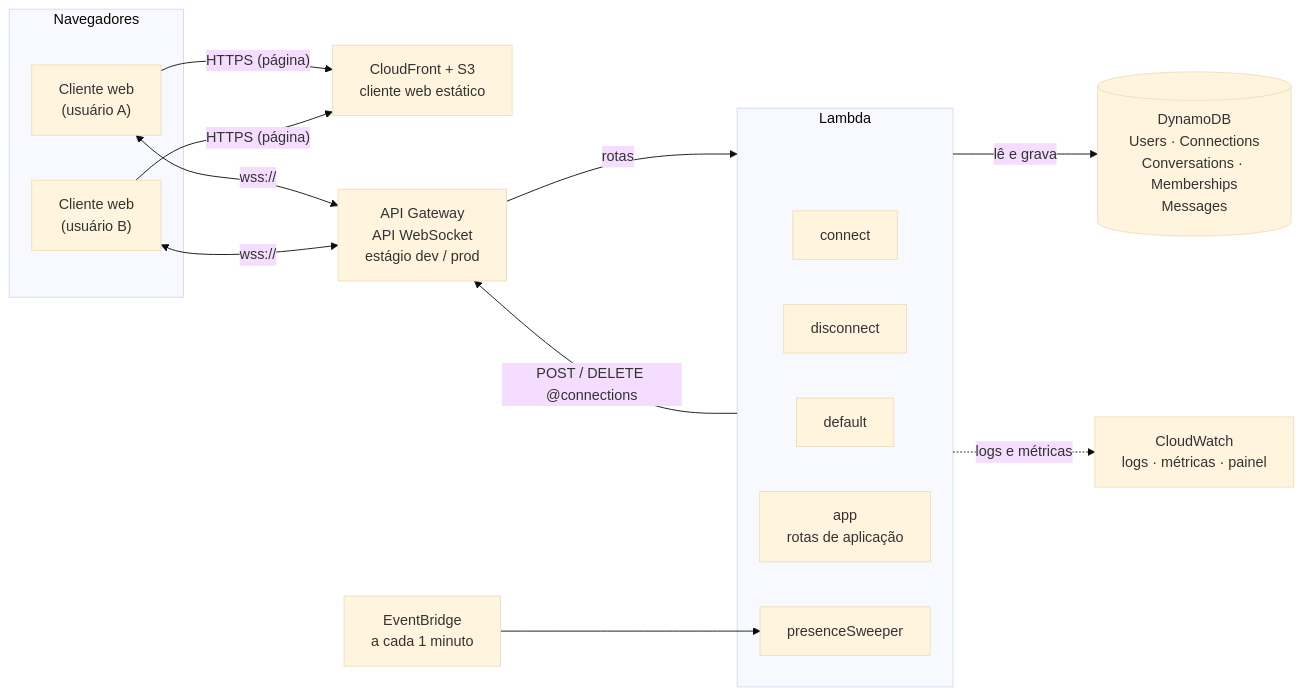
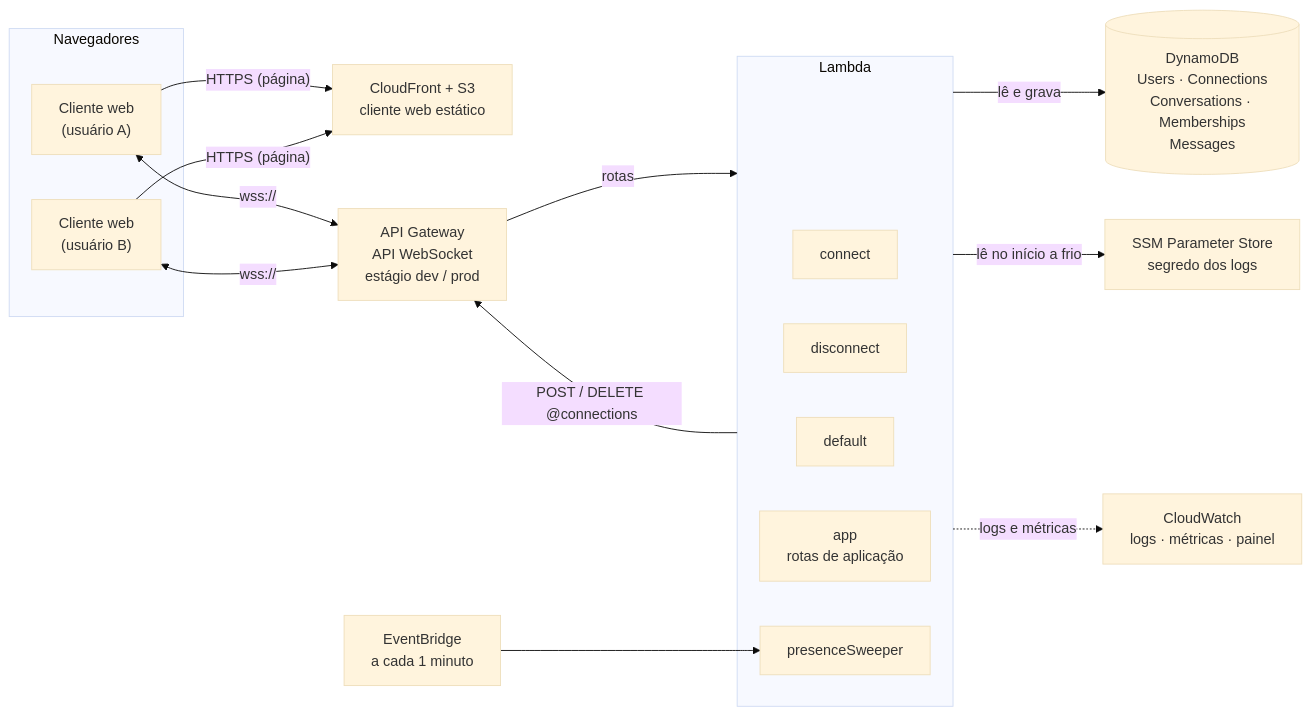
Before and after one commit to felipdsa21/hub-websocket-sd: the first of 2 diagrams in docs/arquitetura.md, drawn with Mermaid (base theme). The commit also changed other lines of this file, not shown here.

````diff
--- a/docs/arquitetura.md
+++ b/docs/arquitetura.md
@@ -15,30 +15,32 @@
 ```mermaid
 flowchart LR
     subgraph Navegadores
         A["Cliente web<br/>(usuário A)"]
         B["Cliente web<br/>(usuário B)"]
     end
 
     CDN["CloudFront + S3<br/>cliente web estático"]
     GW["API Gateway<br/>API WebSocket<br/>estágio dev / prod"]
 
     subgraph Lambda
         LC["connect"]
         LD["disconnect"]
         LF["default"]
         LA["app<br/>rotas de aplicação"]
         LS["presenceSweeper"]
     end
 
     DB[("DynamoDB<br/>Users · Connections<br/>Conversations · Memberships<br/>Messages")]
     EB["EventBridge<br/>a cada 1 minuto"]
     CW["CloudWatch<br/>logs · métricas · painel"]
+    SSM["SSM Parameter Store<br/>segredo dos logs"]
 
     A & B -->|"HTTPS (página)"| CDN
     A & B <-->|"wss://"| GW
     GW -->|"rotas"| Lambda
     Lambda -->|"POST / DELETE @connections"| GW
     EB --> LS
     Lambda -->|"lê e grava"| DB
+    Lambda -->|"lê no início a frio"| SSM
     Lambda -.->|"logs e métricas"| CW
 ```
````
